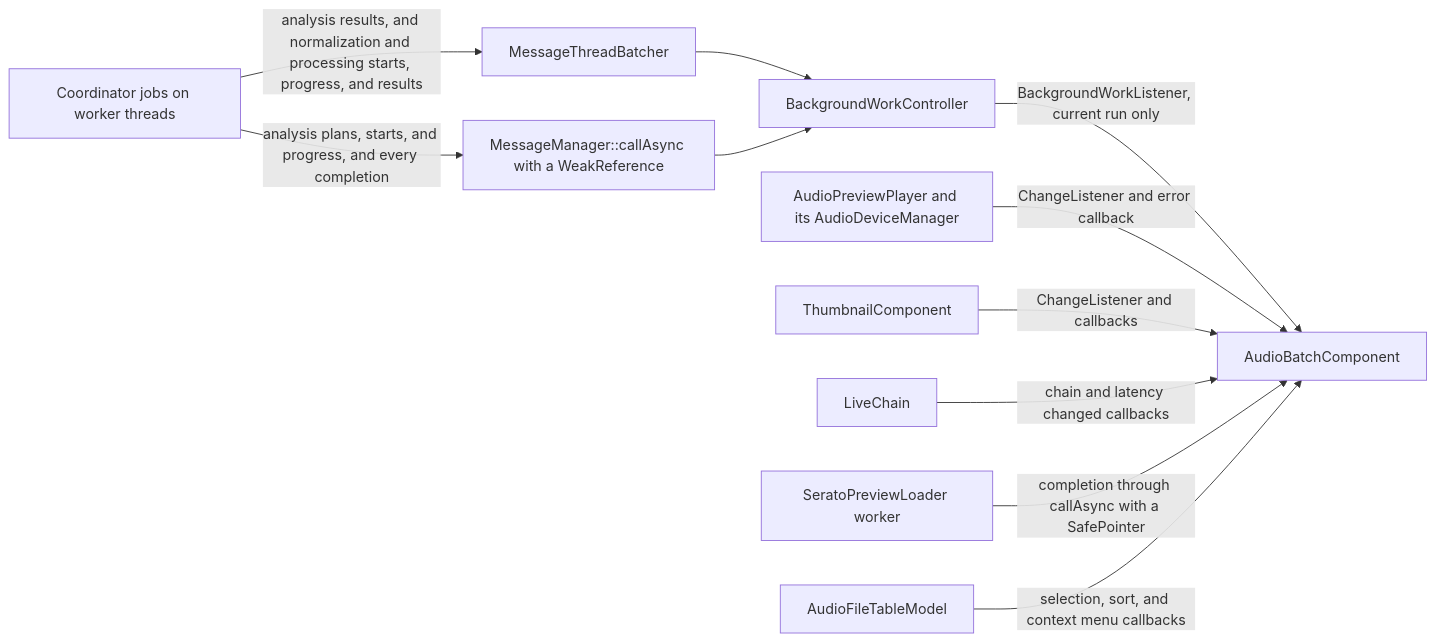
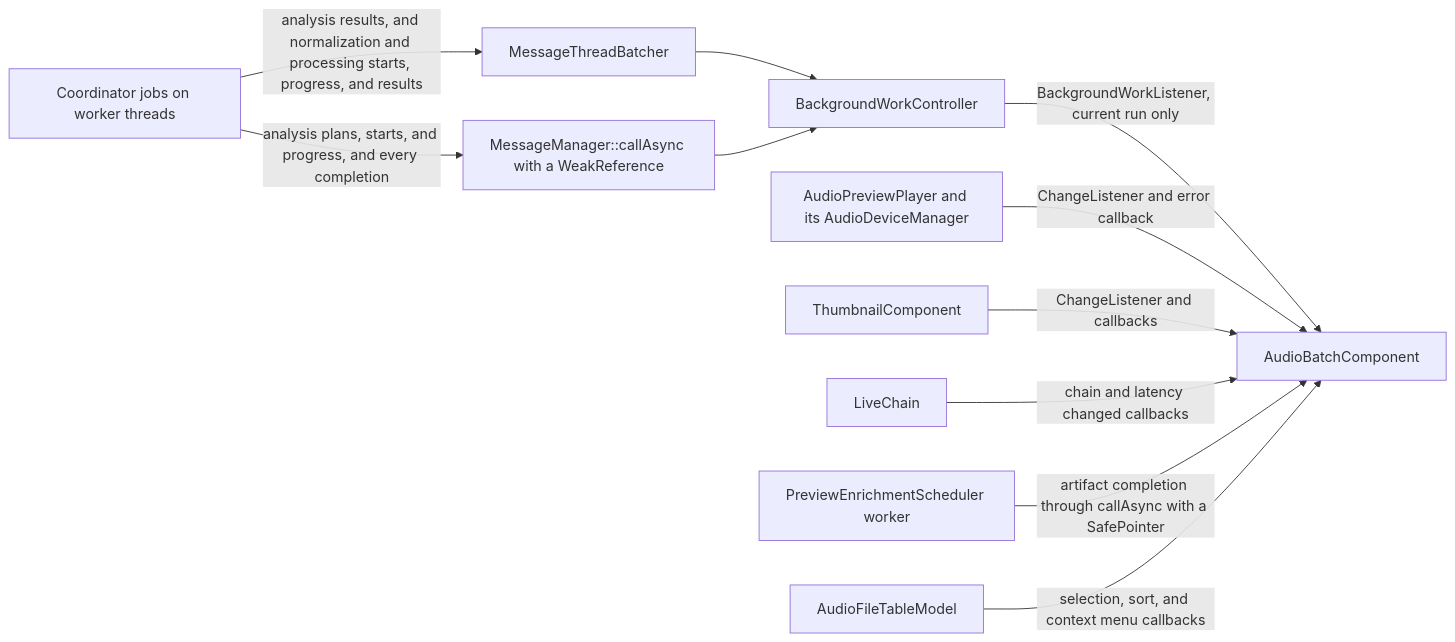
One commit to Esgrove/AudioBatch changed the third of 7 diagrams in cpp/ARCHITECTURE.md. Above: the diagram before and after it, drawn with Mermaid. The commit also changed other lines of this file and 73 other files, not shown here.

````diff
--- a/cpp/ARCHITECTURE.md
+++ b/cpp/ARCHITECTURE.md
@@ -116,24 +120,24 @@
 ```mermaid
 flowchart LR
     jobs["Coordinator jobs on worker threads"]
     batcher["MessageThreadBatcher"]
     async["MessageManager::callAsync with a WeakReference"]
     controller["BackgroundWorkController"]
     component["AudioBatchComponent"]
     player["AudioPreviewPlayer and its AudioDeviceManager"]
     thumbnail["ThumbnailComponent"]
     chain["LiveChain"]
-    serato["SeratoPreviewLoader worker"]
+    enrichment["PreviewEnrichmentScheduler worker"]
     table["AudioFileTableModel"]
 
     jobs -->|"analysis results, and normalization and processing starts, progress, and results"| batcher
     jobs -->|"analysis plans, starts, and progress, and every completion"| async
     batcher --> controller
     async --> controller
     controller -->|"BackgroundWorkListener, current run only"| component
     player -->|"ChangeListener and error callback"| component
     thumbnail -->|"ChangeListener and callbacks"| component
     chain -->|"chain and latency changed callbacks"| component
-    serato -->|"completion through callAsync with a SafePointer"| component
+    enrichment -->|"artifact completion through callAsync with a SafePointer"| component
     table -->|"selection, sort, and context menu callbacks"| component
 ```
````
